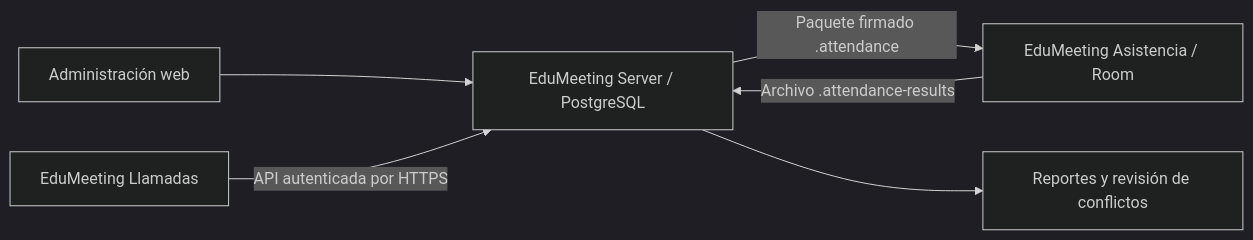
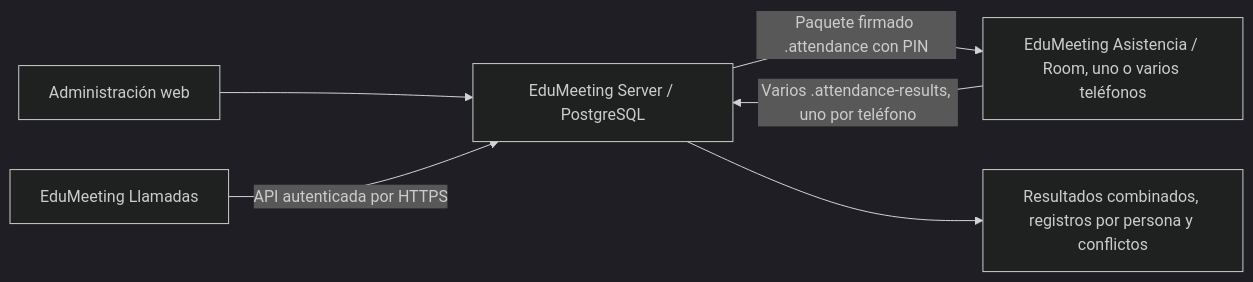
The diagram in README.md (2025je/educall), drawn with Mermaid (dark theme) before and after one commit. The commit also changed other lines of this file, not shown here.

````diff
--- a/README.md
+++ b/README.md
@@ -11,8 +11,8 @@
 ```mermaid
 flowchart LR
   Admin[Administración web] --> Server[EduMeeting Server / PostgreSQL]
   Dial[EduMeeting Llamadas] -->|API autenticada por HTTPS| Server
-  Server -->|Paquete firmado .attendance| Registro[EduMeeting Asistencia / Room]
-  Registro -->|Archivo .attendance-results| Server
-  Server --> Reportes[Reportes y revisión de conflictos]
+  Server -->|Paquete firmado .attendance con PIN| Registro[EduMeeting Asistencia / Room, uno o varios teléfonos]
+  Registro -->|Varios .attendance-results, uno por teléfono| Server
+  Server --> Reportes[Resultados combinados, registros por persona y conflictos]
 ```
````
